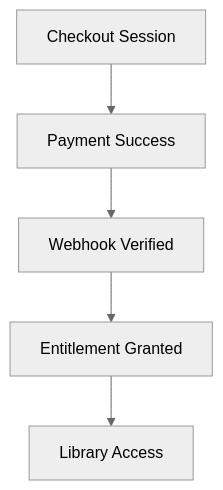
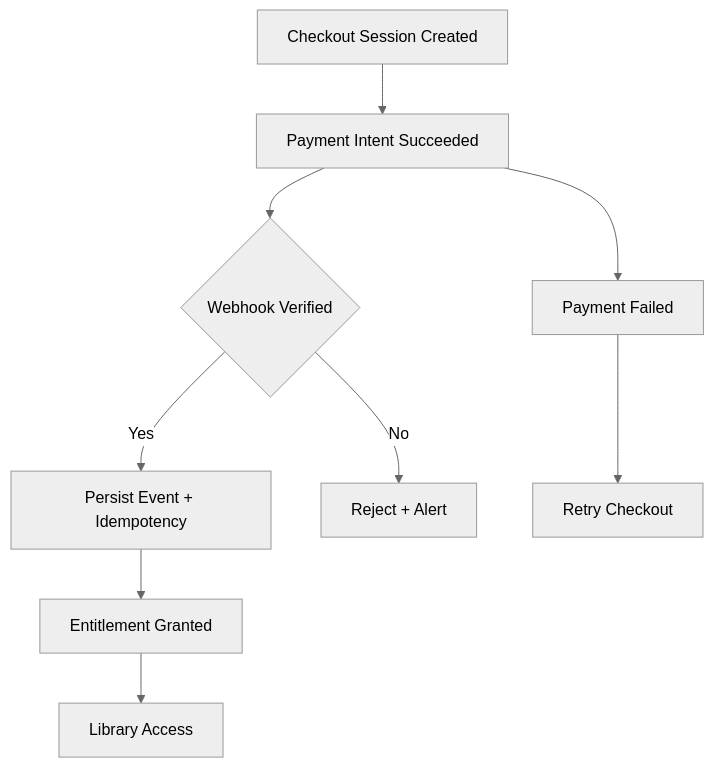
The diagram in docs/payment_entitlement_flow.md (Johnsonbros/Uncharted_Stars_Saga), drawn with Mermaid (neutral theme) before and after one commit. The commit also changed other lines of this file and 3 other files, not shown here.

Commit message:
docs: finalize system flow diagrams

````diff
--- a/docs/payment_entitlement_flow.md
+++ b/docs/payment_entitlement_flow.md
@@ -39,7 +40,11 @@
 ```mermaid
 flowchart TD
-  A[Checkout Session] --> B[Payment Success]
-  B --> C[Webhook Verified]
-  C --> D[Entitlement Granted]
-  D --> E[Library Access]
+  A[Checkout Session Created] --> B[Payment Intent Succeeded]
+  B --> C{Webhook Verified}
+  C -->|Yes| D[Persist Event + Idempotency]
+  D --> E[Entitlement Granted]
+  E --> F[Library Access]
+  C -->|No| G[Reject + Alert]
+  B --> H[Payment Failed]
+  H --> I[Retry Checkout]
 ```
````
